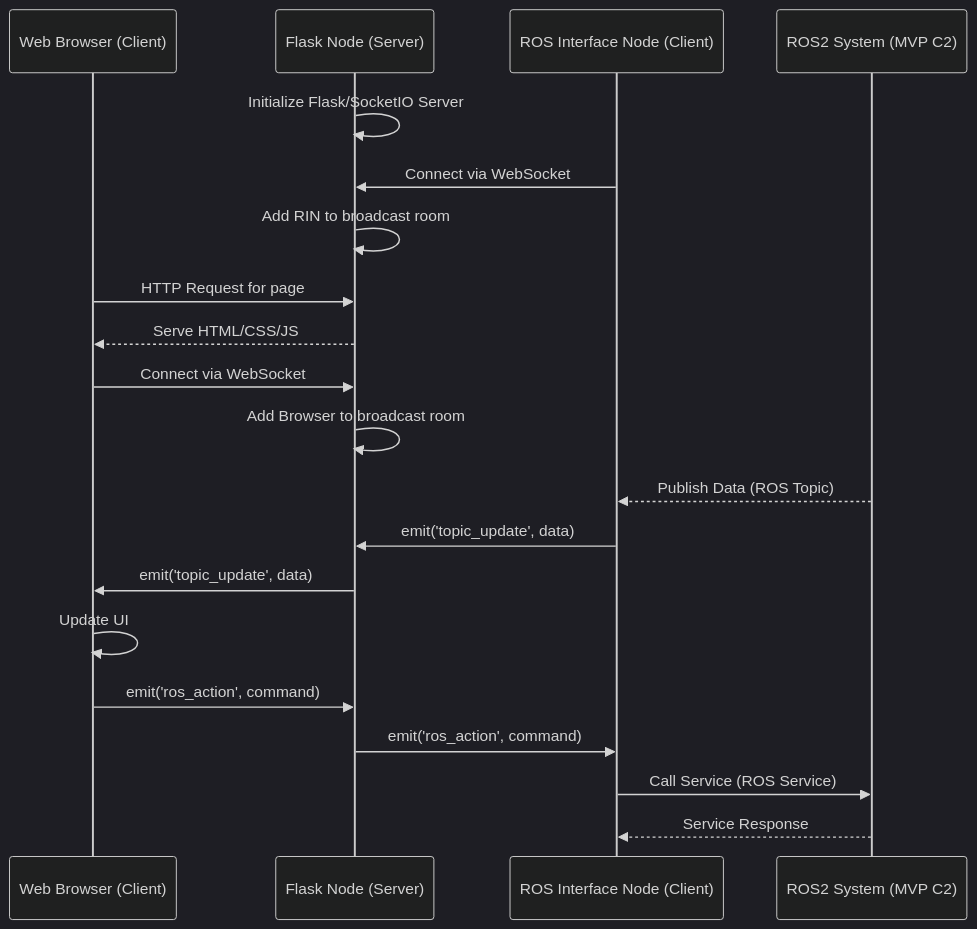
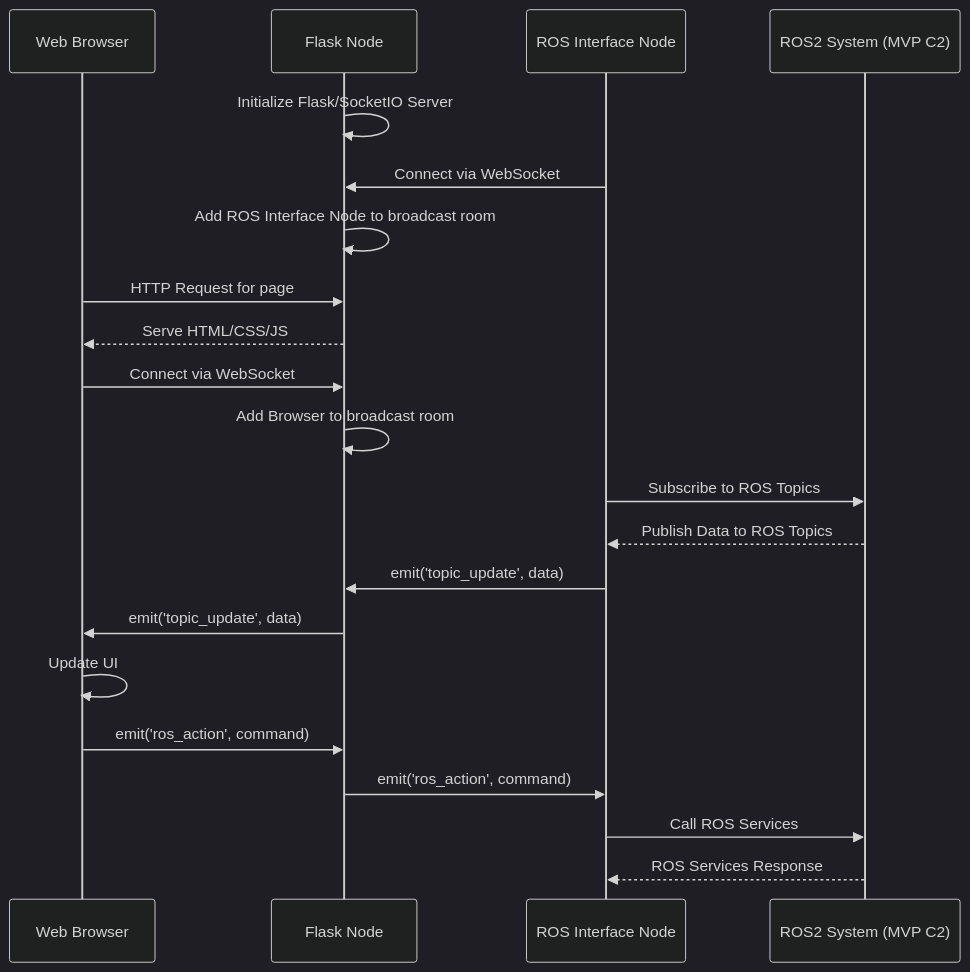
Before and after one commit to GSO-soslab/mvp_gui_2: the second of 2 diagrams in docs/mvp_gui_2_overview.md, drawn with Mermaid (dark theme). The commit also changed other lines of this file and 2 other files, not shown here.

````diff
--- a/docs/mvp_gui_2_overview.md
+++ b/docs/mvp_gui_2_overview.md
@@ -196,26 +196,27 @@
 ```mermaid
 sequenceDiagram
-    participant B as Web Browser (Client)
-    participant FN as Flask Node (Server)
-    participant RIN as ROS Interface Node (Client)
+    participant B as Web Browser
+    participant FN as Flask Node
+    participant RIN as ROS Interface Node
     participant RS as ROS2 System (MVP C2)
 
     FN->>FN: Initialize Flask/SocketIO Server
     RIN->>FN: Connect via WebSocket
-    FN->>FN: Add RIN to broadcast room
+    FN->>FN: Add ROS Interface Node to broadcast room
     
     B->>FN: HTTP Request for page
     FN-->>B: Serve HTML/CSS/JS
     B->>FN: Connect via WebSocket
     FN->>FN: Add Browser to broadcast room
 
-    RS-->>RIN: Publish Data (ROS Topic)
+    RIN->>RS: Subscribe to ROS Topics
+    RS-->>RIN: Publish Data to ROS Topics
     RIN->>FN: emit('topic_update', data)
     FN->>B: emit('topic_update', data)
     B->>B: Update UI
 
     B->>FN: emit('ros_action', command)
     FN->>RIN: emit('ros_action', command)
-    RIN->>RS: Call Service (ROS Service)
-    RS-->>RIN: Service Response
+    RIN->>RS: Call ROS Services
+    RS-->>RIN: ROS Services Response
 ```
````
